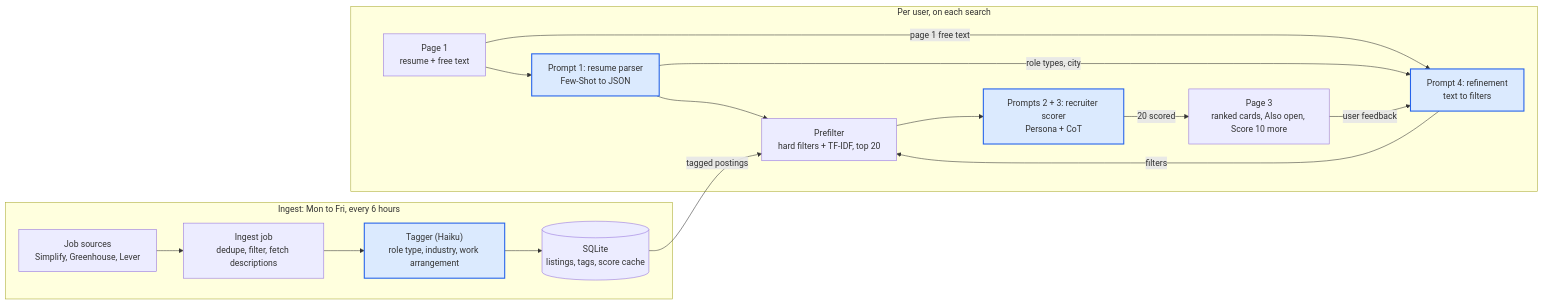
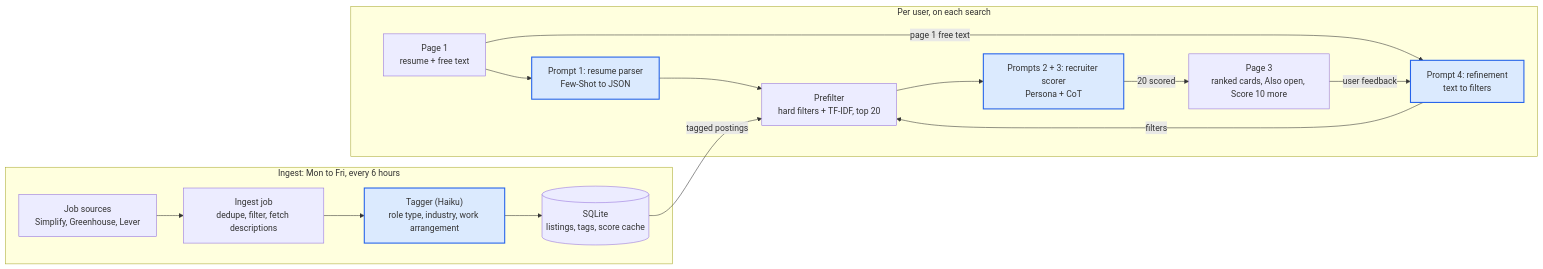
One commit to YunisNasla/InternMatch changed the diagram in ARCHITECTURE.md. Above: the diagram before and after it, drawn with Mermaid. The commit also changed other lines of this file and 2 other files, not shown here.

````diff
--- a/ARCHITECTURE.md
+++ b/ARCHITECTURE.md
@@ -17,21 +17,20 @@
 ```mermaid
 flowchart LR
     subgraph ingest["Ingest: Mon to Fri, every 6 hours"]
         SRC["Job sources<br/>Simplify, Greenhouse, Lever"] --> ING["Ingest job<br/>dedupe, filter, fetch descriptions"]
         ING --> TAG["Tagger (Haiku)<br/>role type, industry, work arrangement"]
         TAG --> DB[("SQLite<br/>listings, tags, score cache")]
     end
     subgraph user["Per user, on each search"]
         UP["Page 1<br/>resume + free text"] --> PARSE["Prompt 1: resume parser<br/>Few-Shot to JSON"]
         UP -- "page 1 free text" --> REF["Prompt 4: refinement<br/>text to filters"]
-        PARSE -- "role types, city" --> REF
         PARSE --> PRE["Prefilter<br/>hard filters + TF-IDF, top 20"]
         REF -- "filters" --> PRE
         DB -- "tagged postings" --> PRE
         PRE --> SCORE["Prompts 2 + 3: recruiter scorer<br/>Persona + CoT"]
         SCORE -- "20 scored" --> RES["Page 3<br/>ranked cards, Also open, Score 10 more"]
         RES -- "user feedback" --> REF
     end
     classDef llm fill:#dbeafe,stroke:#2563eb,stroke-width:2px;
     class TAG,PARSE,REF,SCORE llm;
 ```
````
